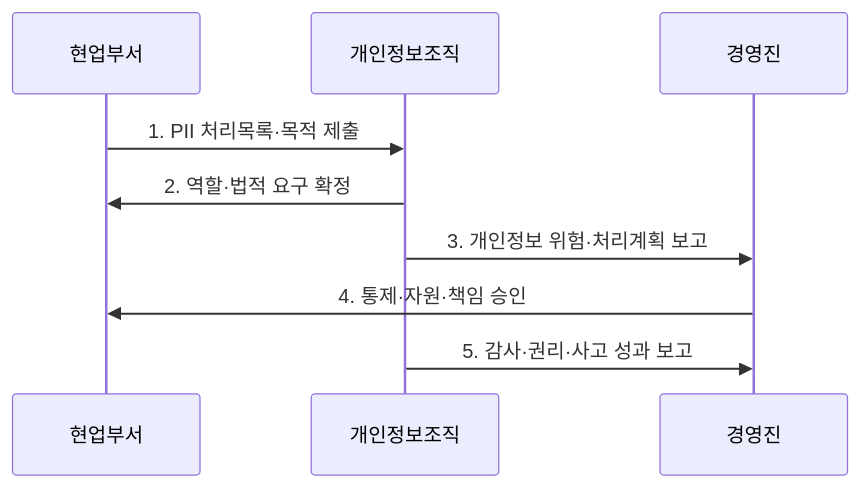
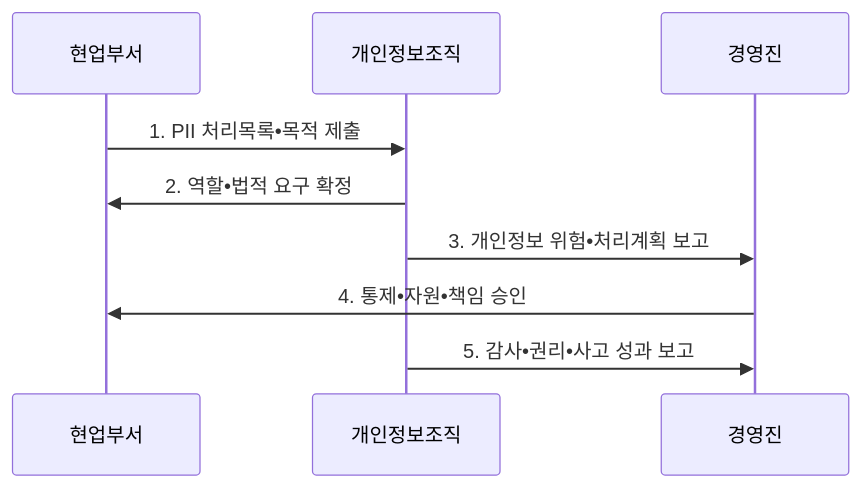
The second of 2 diagrams in src/content/docs/notes/07-law-policy/030_iso_27701.md (agnusdei1207/knowledge-base), drawn with Mermaid before and after one commit. The commit also changed other lines of this file and 953 other files, not shown here.

````diff
--- a/src/content/docs/notes/07-law-policy/030_iso_27701.md
+++ b/src/content/docs/notes/07-law-policy/030_iso_27701.md
@@ -103,11 +103,11 @@
 ```mermaid
 sequenceDiagram
     participant 현업부서
     participant 개인정보조직
     participant 경영진
-    현업부서->>개인정보조직: 1. PII 처리목록·목적 제출
-    개인정보조직->>현업부서: 2. 역할·법적 요구 확정
-    개인정보조직->>경영진: 3. 개인정보 위험·처리계획 보고
-    경영진->>현업부서: 4. 통제·자원·책임 승인
-    개인정보조직->>경영진: 5. 감사·권리·사고 성과 보고
+    현업부서->>개인정보조직: 1. PII 처리목록•목적 제출
+    개인정보조직->>현업부서: 2. 역할•법적 요구 확정
+    개인정보조직->>경영진: 3. 개인정보 위험•처리계획 보고
+    경영진->>현업부서: 4. 통제•자원•책임 승인
+    개인정보조직->>경영진: 5. 감사•권리•사고 성과 보고
 ```
````
